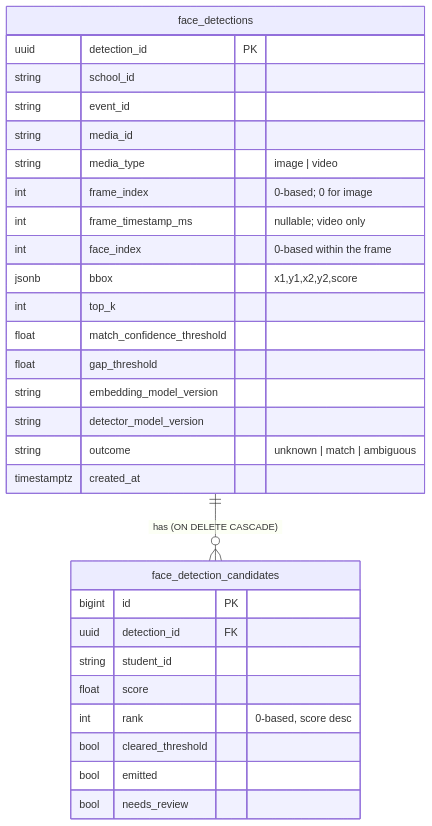
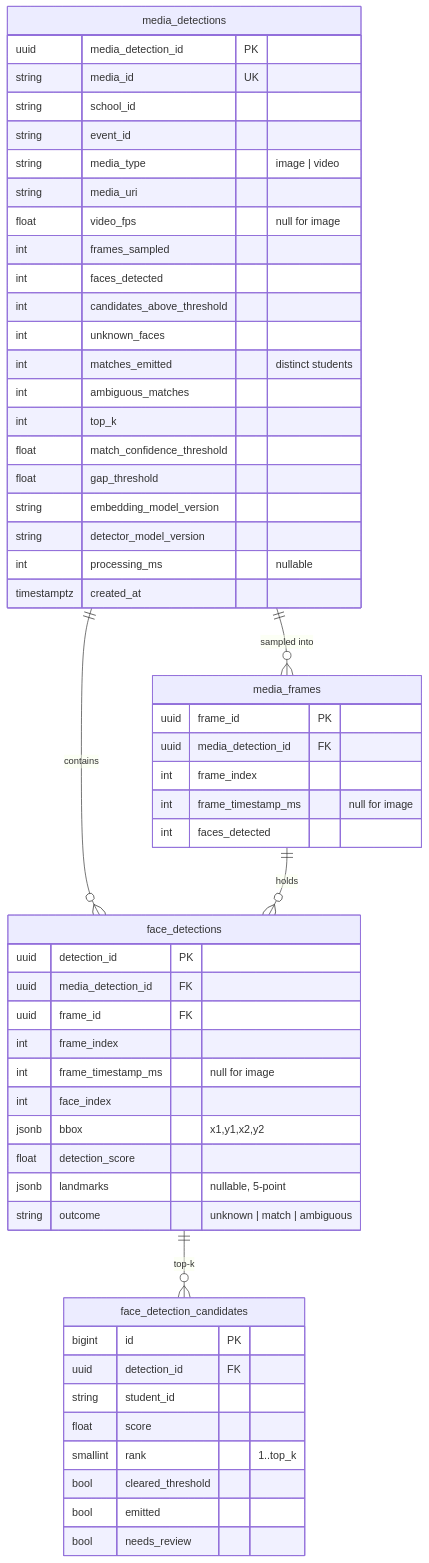
Before and after one commit to MANIKJATANA/ml-service: the second of 2 diagrams in services/ml_service/docs/05-data-model.md, drawn with Mermaid. The commit also changed other lines of this file and 22 other files, not shown here.

````diff
--- a/services/ml_service/docs/05-data-model.md
+++ b/services/ml_service/docs/05-data-model.md
@@ -155,32 +149,59 @@
 ```mermaid
 erDiagram
-    face_detections {
-        uuid   detection_id PK
+    media_detections ||--o{ media_frames : "sampled into"
+    media_detections ||--o{ face_detections : "contains"
+    media_frames     ||--o{ face_detections : "holds"
+    face_detections  ||--o{ face_detection_candidates : "top-k"
+
+    media_detections {
+        uuid   media_detection_id PK
+        string media_id UK
         string school_id
         string event_id
-        string media_id
         string media_type "image | video"
-        int    frame_index "0-based; 0 for image"
-        int    frame_timestamp_ms "nullable; video only"
-        int    face_index "0-based within the frame"
-        jsonb  bbox "x1,y1,x2,y2,score"
+        string media_uri
+        float  video_fps "null for image"
+        int    frames_sampled
+        int    faces_detected
+        int    candidates_above_threshold
+        int    unknown_faces
+        int    matches_emitted "distinct students"
+        int    ambiguous_matches
         int    top_k
         float  match_confidence_threshold
         float  gap_threshold
         string embedding_model_version
         string detector_model_version
+        int    processing_ms "nullable"
+        timestamptz created_at
+    }
+    media_frames {
+        uuid   frame_id PK
+        uuid   media_detection_id FK
+        int    frame_index
+        int    frame_timestamp_ms "null for image"
+        int    faces_detected
+    }
+    face_detections {
+        uuid   detection_id PK
+        uuid   media_detection_id FK
+        uuid   frame_id FK
+        int    frame_index
+        int    frame_timestamp_ms "null for image"
+        int    face_index
+        jsonb  bbox "x1,y1,x2,y2"
+        float  detection_score
+        jsonb  landmarks "nullable, 5-point"
         string outcome "unknown | match | ambiguous"
-        timestamptz created_at
     }
     face_detection_candidates {
         bigint id PK
         uuid   detection_id FK
         string student_id
         float  score
-        int    rank "0-based, score desc"
+        smallint rank "1..top_k"
         bool   cleared_threshold
         bool   emitted
         bool   needs_review
     }
-    face_detections ||--o{ face_detection_candidates : "has (ON DELETE CASCADE)"
 ```
````
